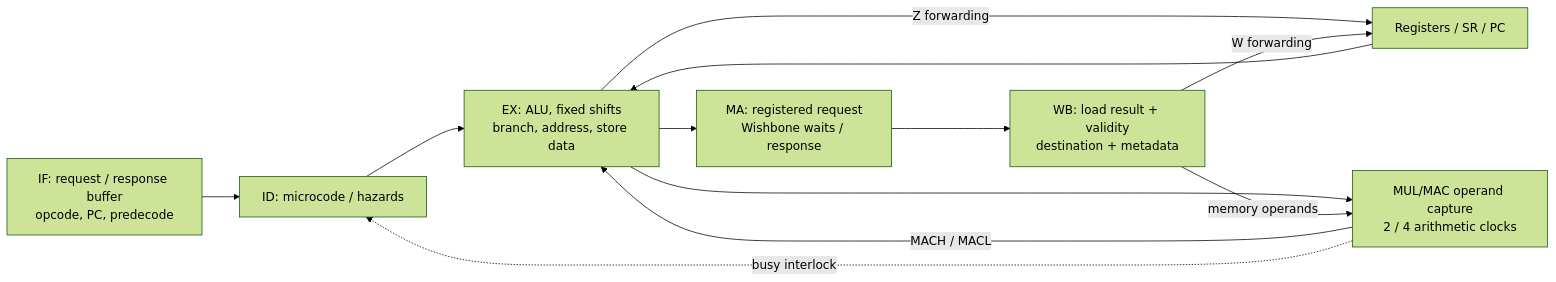
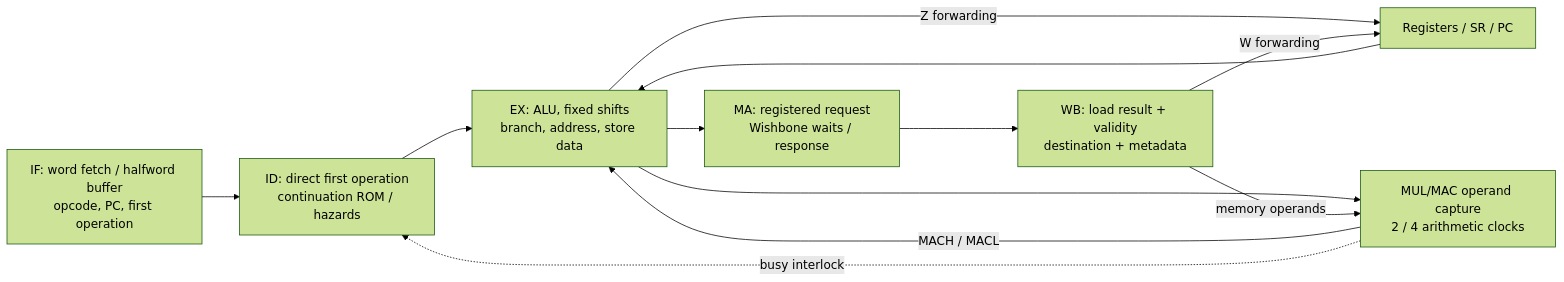
Before and after one commit to PreviousVOD/VexJ2: the first of 3 diagrams in docs/cpu-architecture.md, drawn with Mermaid (forest theme). The commit also changed other lines of this file and 27 other files, not shown here.

First line of the commit message:
Add hybrid SH-2 decode and buffered word instruction fetch

````diff
--- a/docs/cpu-architecture.md
+++ b/docs/cpu-architecture.md
@@ -47,14 +47,14 @@
 ```mermaid
 flowchart LR
-  IF["IF: request / response buffer<br/>opcode, PC, predecode"] --> ID["ID: microcode / hazards"]
+  IF["IF: word fetch / halfword buffer<br/>opcode, PC, first operation"] --> ID["ID: direct first operation<br/>continuation ROM / hazards"]
   ID --> EX["EX: ALU, fixed shifts<br/>branch, address, store data"]
   EX --> MA["MA: registered request<br/>Wishbone waits / response"]
   MA --> WB["WB: load result + validity<br/>destination + metadata"]
   EX -->|Z forwarding| RF["Registers / SR / PC"]
   WB -->|W forwarding| RF
   RF --> EX
   EX --> MUL["MUL/MAC operand capture<br/>2 / 4 arithmetic clocks"]
   WB -->|memory operands| MUL
   MUL -->|MACH / MACL| EX
   MUL -. busy interlock .-> ID
 ```
````
